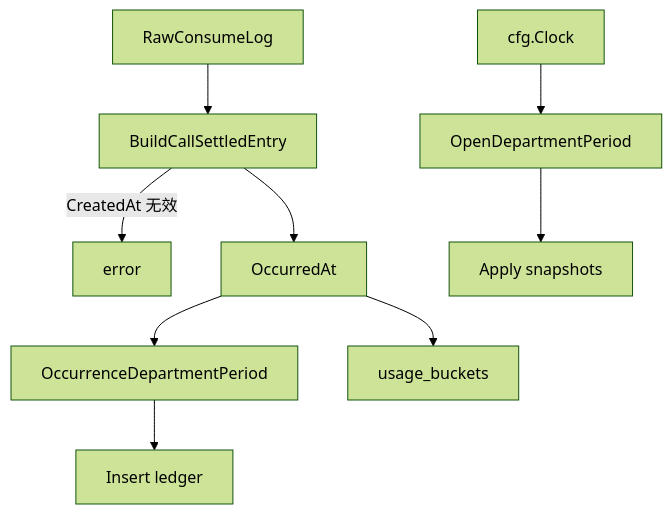
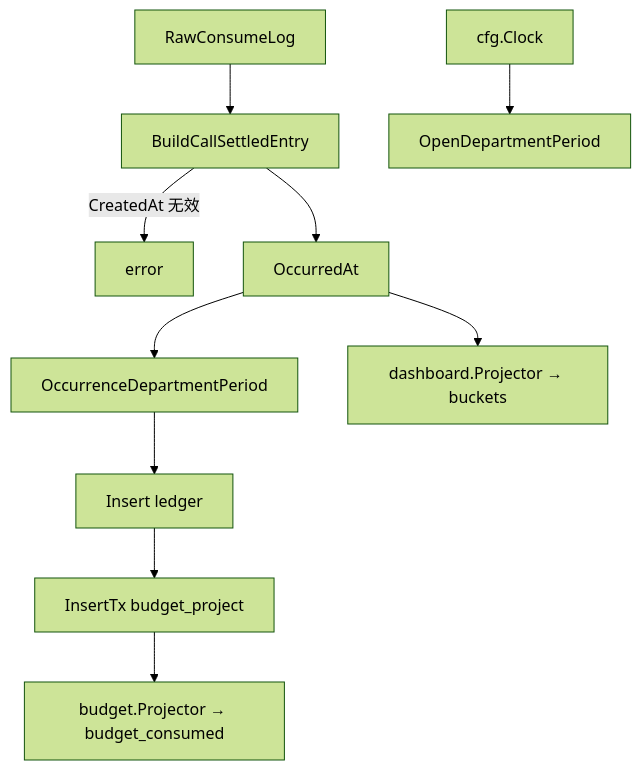
One commit to quyip8818/mytokenjoy changed the seventh of 9 diagrams in docs/Backend-业务时钟与账期.md. Above: the diagram before and after it, drawn with Mermaid (forest theme). The commit also changed other lines of this file and 16 other files, not shown here.

````diff
--- a/docs/Backend-业务时钟与账期.md
+++ b/docs/Backend-业务时钟与账期.md
@@ -190,11 +190,12 @@
 ```mermaid
 flowchart TB
   Raw[RawConsumeLog] --> Build[BuildCallSettledEntry]
   Build -->|CreatedAt 无效| Fail[error]
   Build --> Entry[OccurredAt]
   Entry --> Occ[OccurrenceDepartmentPeriod]
   Clock[cfg.Clock] --> Open[OpenDepartmentPeriod]
   Occ --> Ledger[Insert ledger]
-  Open --> Apply[Apply snapshots]
-  Entry --> Buckets[usage_buckets]
+  Ledger --> Enq[InsertTx budget_project]
+  Enq --> Proj[budget.Projector → budget_consumed]
+  Entry --> DashProj[dashboard.Projector → buckets]
 ```
````
